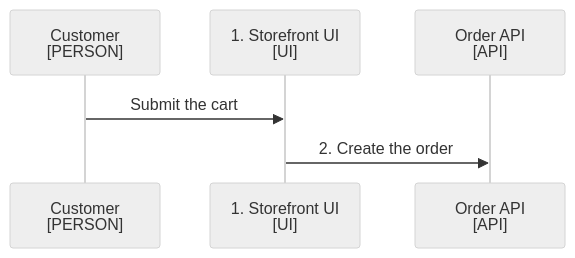
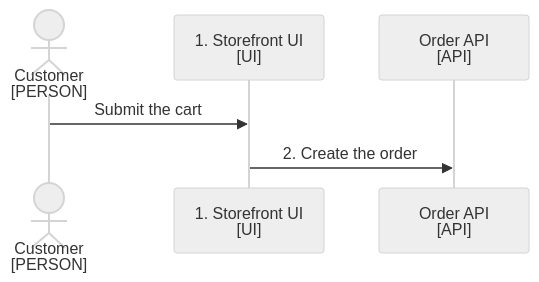
The diagram in skills/docsmith/scripts/fixtures/bad/mmd-sequence.md (choonchernlim/skills), drawn with Mermaid (neutral theme) before and after one commit. The commit also changed 31 other files, not shown here.

````diff
--- a/skills/docsmith/scripts/fixtures/bad/mmd-sequence.md
+++ b/skills/docsmith/scripts/fixtures/bad/mmd-sequence.md
@@ -14,9 +14,9 @@
 ```mermaid
 sequenceDiagram
-  participant Customer as Customer<br/>[PERSON]
+  actor Customer as Customer<br/>[PERSON]
   participant Browser as 1. Storefront UI<br/>[UI]
   participant Route as Order API<br/>[API]
 
   Customer->>Browser: Submit the cart
   Browser->>Route: 2. Create the order
 ```
````
